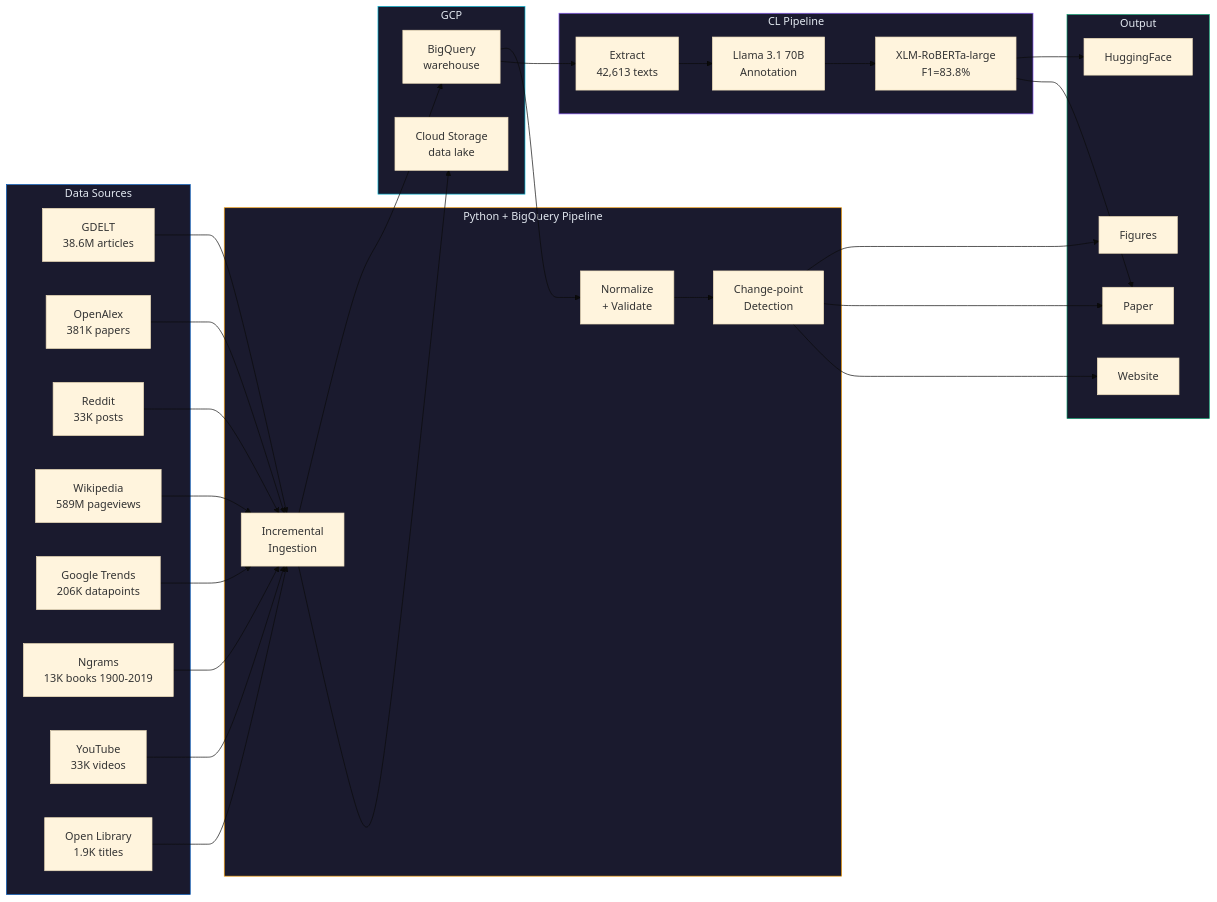
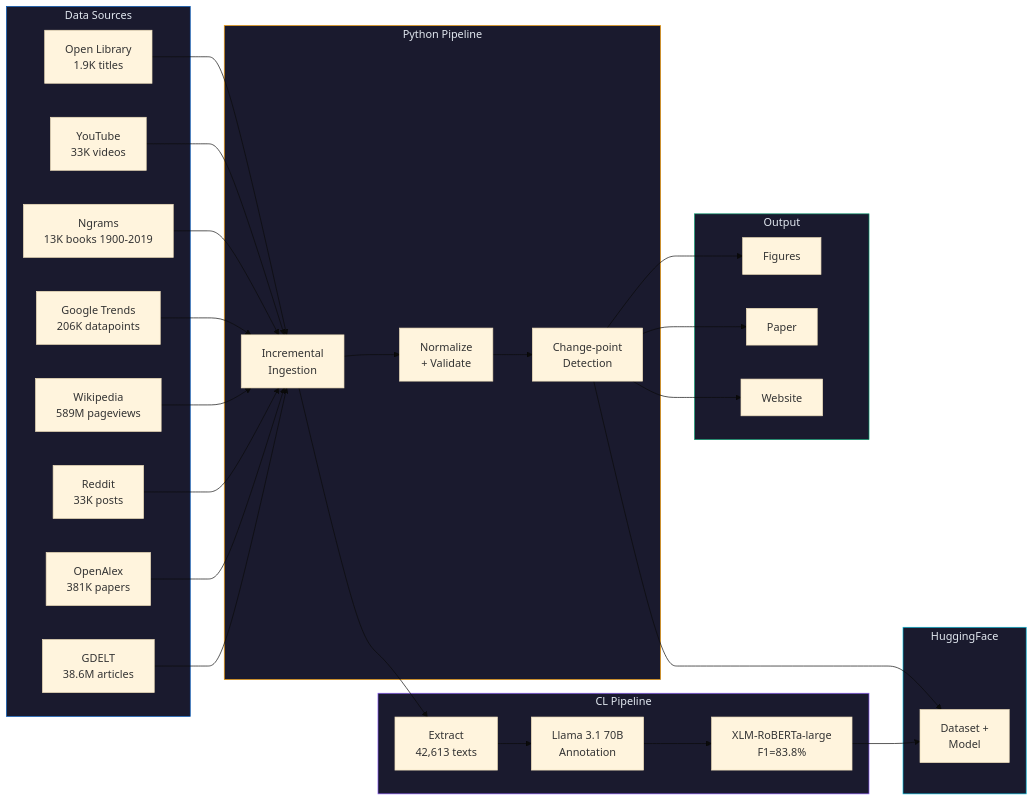
The diagram in README.md (IvanDobrovolsky/kyivnotkiev), drawn with Mermaid (base theme) before and after one commit. The commit also changed other lines of this file and 27 other files, not shown here.

````diff
--- a/README.md
+++ b/README.md
@@ -37,50 +37,47 @@
 ```mermaid
 graph LR
     subgraph Sources["Data Sources"]
         style Sources fill:#1a1a2e,stroke:#0057B8,color:#e2e8f0
         GDELT["GDELT<br/>38.6M articles"]
         OA["OpenAlex<br/>381K papers"]
         Reddit["Reddit<br/>33K posts"]
         Wiki["Wikipedia<br/>589M pageviews"]
         Trends["Google Trends<br/>206K datapoints"]
         Ngrams["Ngrams<br/>13K books 1900-2019"]
         YT["YouTube<br/>33K videos"]
         OL["Open Library<br/>1.9K titles"]
     end
 
-    subgraph Pipeline["Python + BigQuery Pipeline"]
+    subgraph Pipeline["Python Pipeline"]
         style Pipeline fill:#1a1a2e,stroke:#f59e0b,color:#e2e8f0
         Ingest["Incremental<br/>Ingestion"]
         Transform["Normalize<br/>+ Validate"]
         Analyze["Change-point<br/>Detection"]
     end
 
     subgraph CL["CL Pipeline"]
         style CL fill:#1a1a2e,stroke:#8b5cf6,color:#e2e8f0
         Extract["Extract<br/>42,613 texts"]
         Annotate["Llama 3.1 70B<br/>Annotation"]
         Finetune["XLM-RoBERTa-large<br/>F1=83.8%"]
     end
 
-    subgraph Storage["GCP"]
+    subgraph Storage["HuggingFace"]
         style Storage fill:#1a1a2e,stroke:#06b6d4,color:#e2e8f0
-        BQ["BigQuery<br/>warehouse"]
-        GCS["Cloud Storage<br/>data lake"]
+        HF["Dataset +<br/>Model"]
     end
 
     subgraph Output["Output"]
         style Output fill:#1a1a2e,stroke:#059669,color:#e2e8f0
         Figures["Figures"]
         Paper["Paper"]
         Web["Website"]
-        HF["HuggingFace"]
     end
 
     GDELT & OA & Reddit & Wiki & Trends & Ngrams & YT & OL --> Ingest
-    Ingest --> BQ
-    Ingest --> GCS
-    BQ --> Transform --> Analyze
-    BQ --> Extract --> Annotate --> Finetune
+    Ingest --> Transform --> Analyze
     Analyze --> Figures & Paper & Web
-    Finetune --> HF & Paper
+    Ingest --> Extract --> Annotate --> Finetune
+    Finetune --> HF
+    Analyze --> HF
 ```
````
